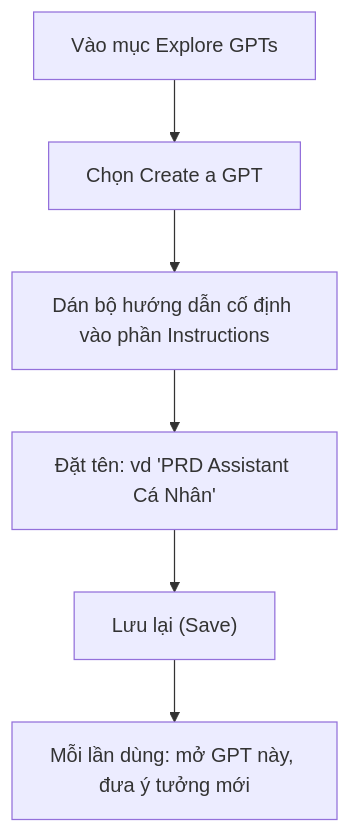
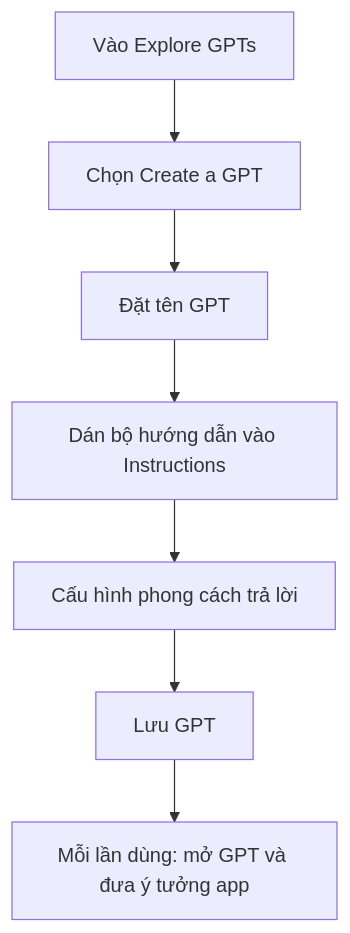
Before and after one commit to AlanKhan145/course-knowledge-base: the second of 3 diagrams in khoa-hoc-vibe-coding-co-ban/Module 03 - Tu No-Code Den Vibe Coding/09-chatbot-prd-ca-nhan.md, drawn with Mermaid. The commit also changed other lines of this file and 19 other files, not shown here.

````diff
--- a/khoa-hoc-vibe-coding-co-ban/Module 03 - Tu No-Code Den Vibe Coding/09-chatbot-prd-ca-nhan.md
+++ b/khoa-hoc-vibe-coding-co-ban/Module 03 - Tu No-Code Den Vibe Coding/09-chatbot-prd-ca-nhan.md
@@ -64,8 +157,9 @@
 ```mermaid
 flowchart TD
-    A["Vào mục Explore GPTs"] --> B["Chọn Create a GPT"]
-    B --> C["Dán bộ hướng dẫn cố định vào phần Instructions"]
-    C --> D["Đặt tên: vd 'PRD Assistant Cá Nhân'"]
-    D --> E["Lưu lại (Save)"]
-    E --> F["Mỗi lần dùng: mở GPT này, đưa ý tưởng mới"]
+    A["Vào Explore GPTs"] --> B["Chọn Create a GPT"]
+    B --> C["Đặt tên GPT"]
+    C --> D["Dán bộ hướng dẫn vào Instructions"]
+    D --> E["Cấu hình phong cách trả lời"]
+    E --> F["Lưu GPT"]
+    F --> G["Mỗi lần dùng: mở GPT và đưa ý tưởng app"]
 ```
````
